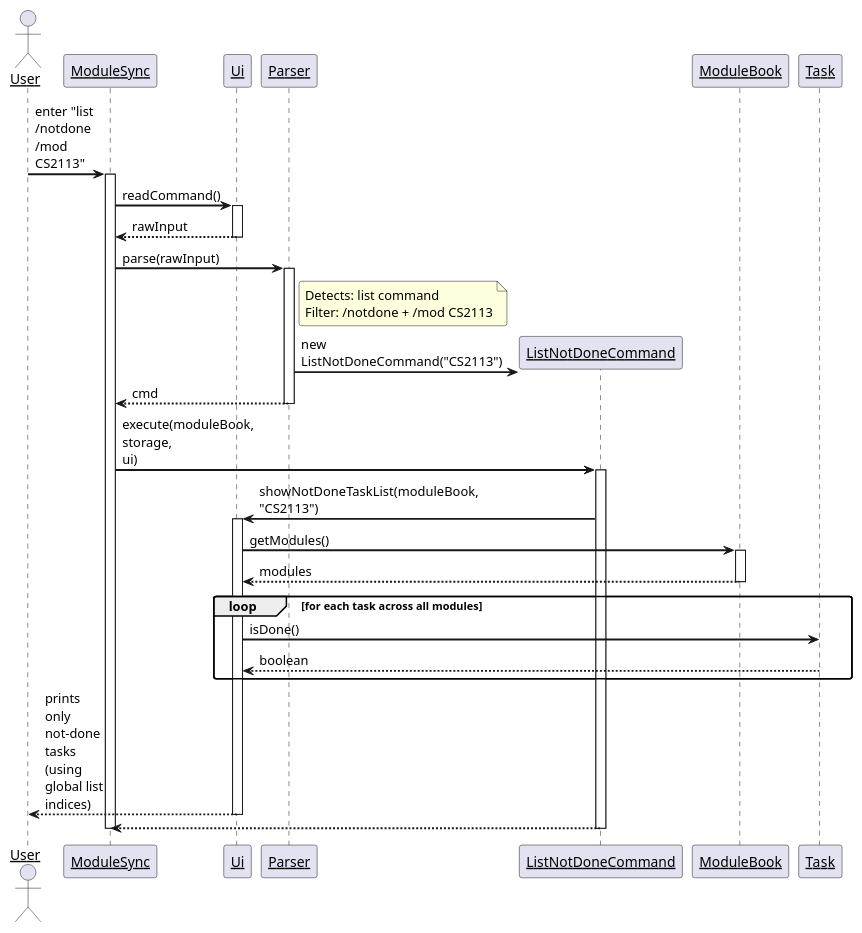
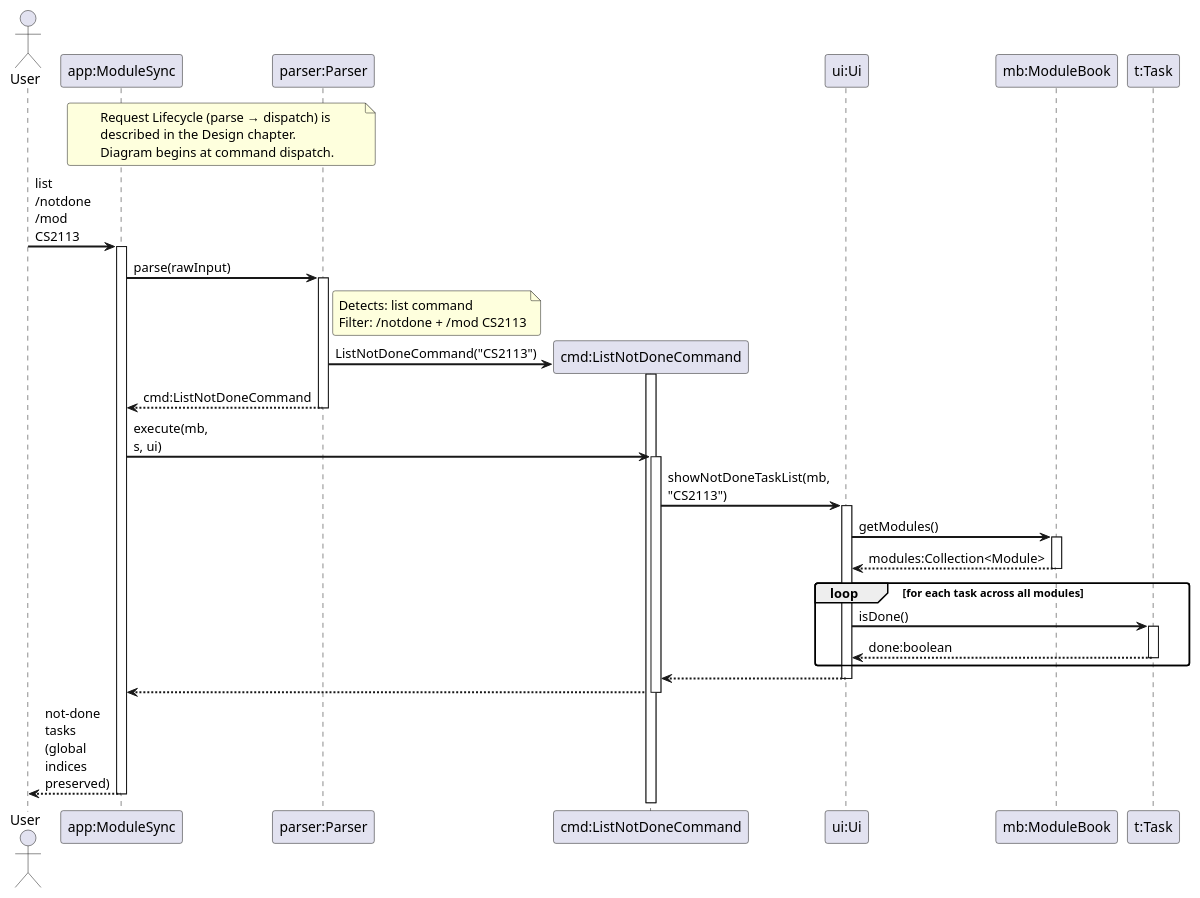
Before and after one commit to heeelol/tp: the diagram in docs/diagrams/ListNotDoneSequenceDiagram.puml, drawn with PlantUML. The commit also changed 28 other files, not shown here.

Commit message:
Revamp DG to remove redundant, repetitive diagrams subsumed into CommandArchitecture and rewrite implementation; and create SemesterLifecycle

```diff
--- a/docs/diagrams/ListNotDoneSequenceDiagram.puml
+++ b/docs/diagrams/ListNotDoneSequenceDiagram.puml
@@ -1,60 +1,67 @@
 @startuml ListNotDoneSequenceDiagram
 
 skinparam sequenceArrowThickness 2
 skinparam roundcorner 5
 skinparam maxmessagesize 60
-skinparam sequenceParticipant underline
 
 Actor User as user
-Participant "ModuleSync" as app
-Participant "Ui" as ui
-Participant "Parser" as parser
-Participant "ListNotDoneCommand" as cmd
-Participant "ModuleBook" as moduleBook
-Participant "Task" as task
+Participant "app:ModuleSync" as app
+Participant "parser:Parser" as parser
+Participant "cmd:ListNotDoneCommand" as cmd
+Participant "ui:Ui" as ui
+Participant "mb:ModuleBook" as moduleBook
+Participant "t:Task" as task
 
-user -> app : enter "list /notdone /mod CS2113"
+note over app, parser
+  Request Lifecycle (parse → dispatch) is
+  described in the Design chapter.
+  Diagram begins at command dispatch.
+end note
+
+user -> app : list /notdone /mod CS2113
 activate app
-
-app -> ui : readCommand()
-activate ui
-ui --> app : rawInput
-deactivate ui
 
 app -> parser : parse(rawInput)
 activate parser
 
 note right of parser
   Detects: list command
   Filter: /notdone + /mod CS2113
 end note
 
 create cmd
-parser -> cmd : new ListNotDoneCommand("CS2113")
-parser --> app : cmd
+parser -> cmd : ListNotDoneCommand("CS2113")
+activate cmd
+deactivate cmd
+
+parser --> app : cmd:ListNotDoneCommand
 deactivate parser
 
-app -> cmd : execute(moduleBook, storage, ui)
+app -> cmd : execute(mb, s, ui)
 activate cmd
 
-cmd -> ui : showNotDoneTaskList(moduleBook, "CS2113")
+cmd -> ui : showNotDoneTaskList(mb, "CS2113")
 activate ui
+
 ui -> moduleBook : getModules()
 activate moduleBook
-moduleBook --> ui : modules
+moduleBook --> ui : modules:Collection<Module>
 deactivate moduleBook
 
 loop for each task across all modules
   ui -> task : isDone()
-  task --> ui : boolean
+  activate task
+  task --> ui : done:boolean
+  deactivate task
 end
 
-ui --> user : prints only not-done tasks\n(using global list indices)
+ui --> cmd
 deactivate ui
 
 cmd --> app
 deactivate cmd
 
+app --> user : not-done tasks (global indices preserved)
 deactivate app
 
 @enduml
```
